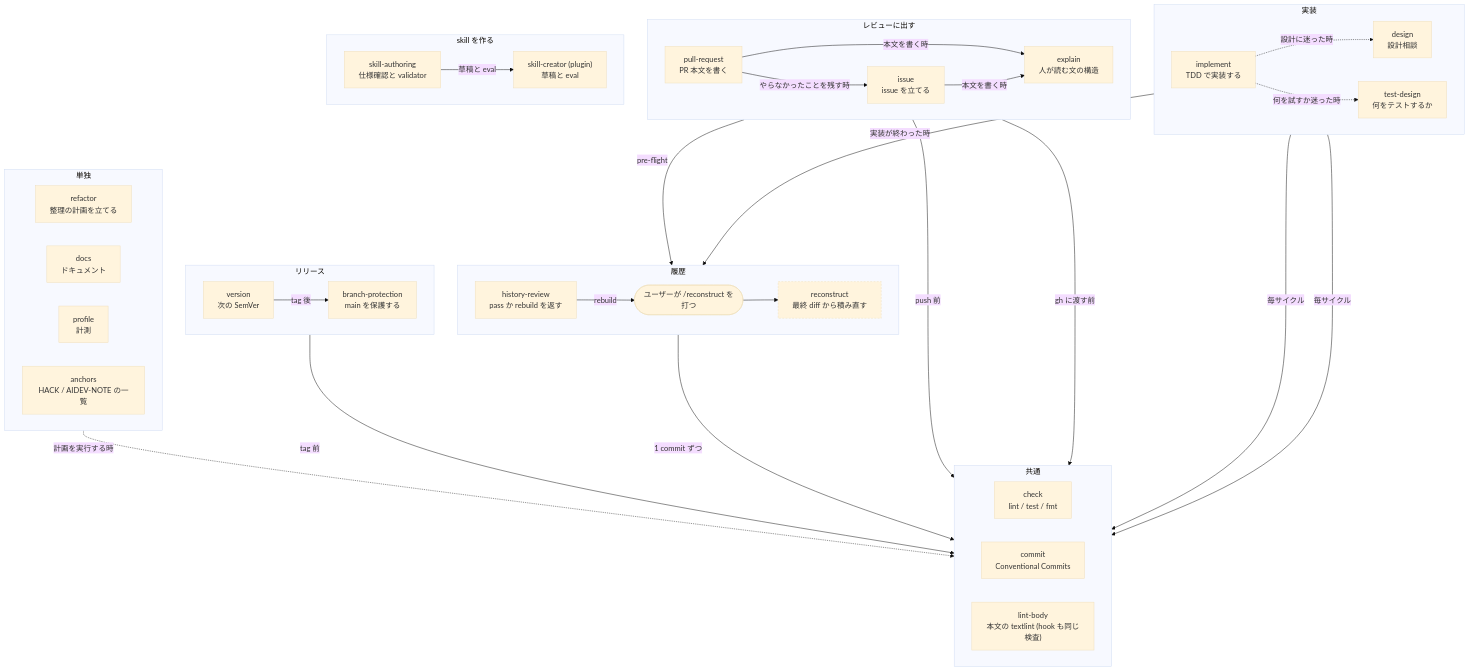
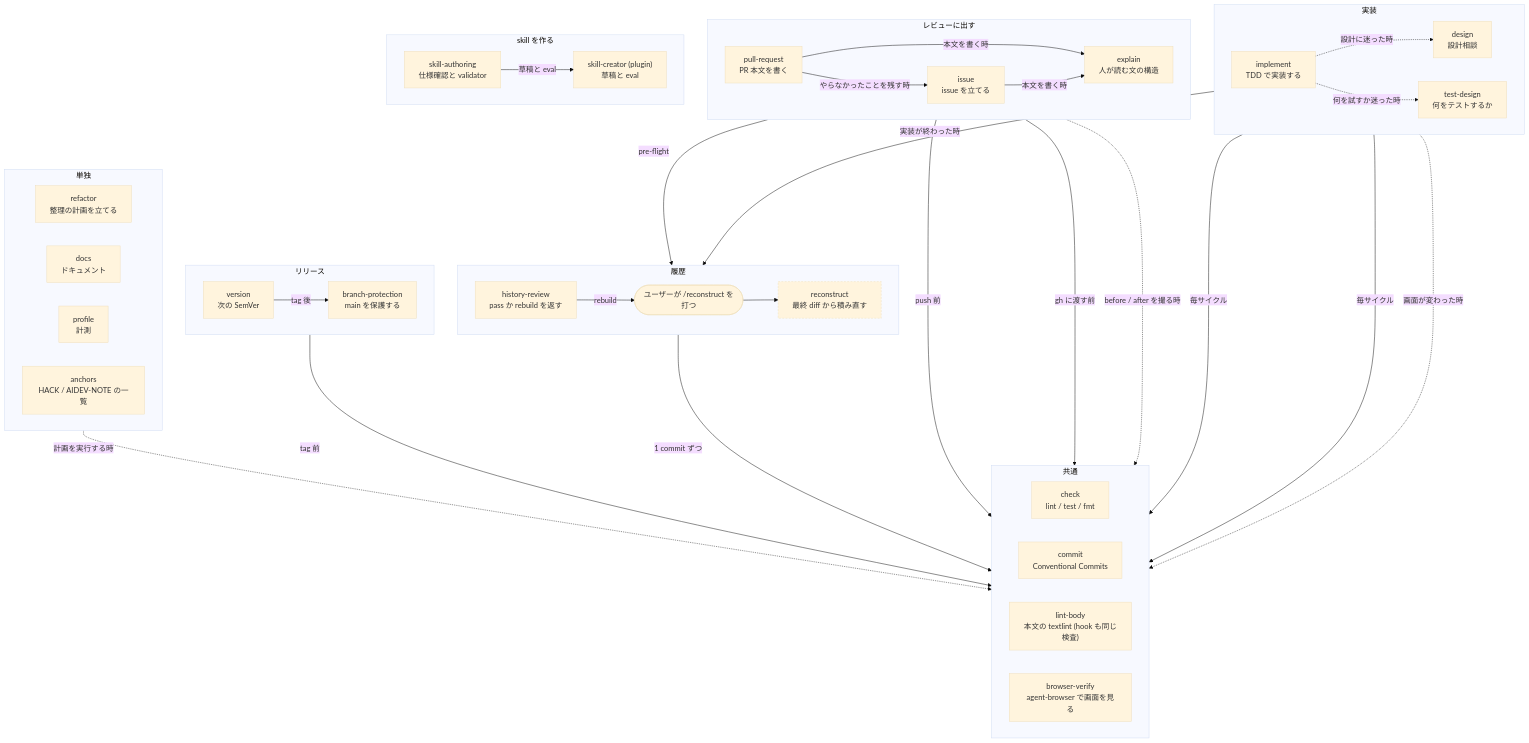
One commit to Xantibody/dotfiles changed the diagram in configs/claude/README.md. Above: the diagram before and after it, drawn with Mermaid (base theme). The commit also changed other lines of this file and 7 other files, not shown here.

First line of the commit message:
feat(agent-browser): let Claude look at the screen it changed

````diff
--- a/configs/claude/README.md
+++ b/configs/claude/README.md
@@ -9,73 +9,76 @@
 ```mermaid
 flowchart TD
   subgraph build["実装"]
     direction LR
     design["design<br/>設計相談"]
     implement["implement<br/>TDD で実装する"]
     testdesign["test-design<br/>何をテストするか"]
   end
 
   subgraph ship["レビューに出す"]
     direction LR
     pr["pull-request<br/>PR 本文を書く"]
     issue["issue<br/>issue を立てる"]
     explain["explain<br/>人が読む文の構造"]
   end
 
   subgraph history["履歴"]
     direction LR
     hr["history-review<br/>pass か rebuild を返す"]
     user(["ユーザーが /reconstruct を打つ"])
     reconstruct["reconstruct<br/>最終 diff から積み直す"]
   end
 
   subgraph release["リリース"]
     direction LR
     version["version<br/>次の SemVer"]
     bp["branch-protection<br/>main を保護する"]
   end
 
   subgraph meta["skill を作る"]
     direction LR
     sa["skill-authoring<br/>仕様確認と validator"]
     sc["skill-creator (plugin)<br/>草稿と eval"]
   end
 
   subgraph solo["単独"]
     direction LR
     refactor["refactor<br/>整理の計画を立てる"]
     docs["docs<br/>ドキュメント"]
     profile["profile<br/>計測"]
     anchors["anchors<br/>HACK / AIDEV-NOTE の一覧"]
   end
 
   subgraph shared["共通"]
     direction LR
     check["check<br/>lint / test / fmt"]
     commit["commit<br/>Conventional Commits"]
     lint["lint-body<br/>本文の textlint (hook も同じ検査)"]
+    bv["browser-verify<br/>agent-browser で画面を見る"]
   end
 
   implement -.->|"設計に迷った時"| design
   implement -.->|"何を試すか迷った時"| testdesign
   implement -->|"実装が終わった時"| hr
   pr -->|"pre-flight"| hr
   pr -->|"本文を書く時"| explain
   pr -->|"やらなかったことを残す時"| issue
   issue -->|"本文を書く時"| explain
   hr -->|"rebuild"| user
   user --> reconstruct
   version -->|"tag 後"| bp
   sa -->|"草稿と eval"| sc
 
   implement -->|"毎サイクル"| check
   implement -->|"毎サイクル"| commit
   pr -->|"push 前"| check
   explain -->|"gh に渡す前"| lint
+  implement -.->|"画面が変わった時"| bv
+  pr -.->|"before / after を撮る時"| bv
   reconstruct -->|"1 commit ずつ"| commit
   version -->|"tag 前"| check
   refactor -.->|"計画を実行する時"| commit
 
   classDef hidden stroke-dasharray:4 3
   class reconstruct hidden
 ```
````
